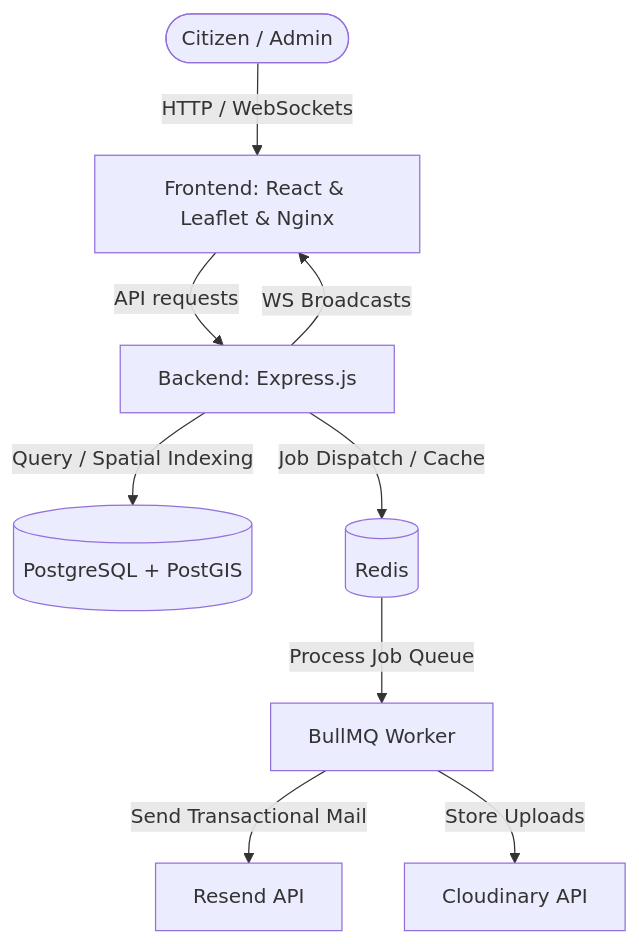
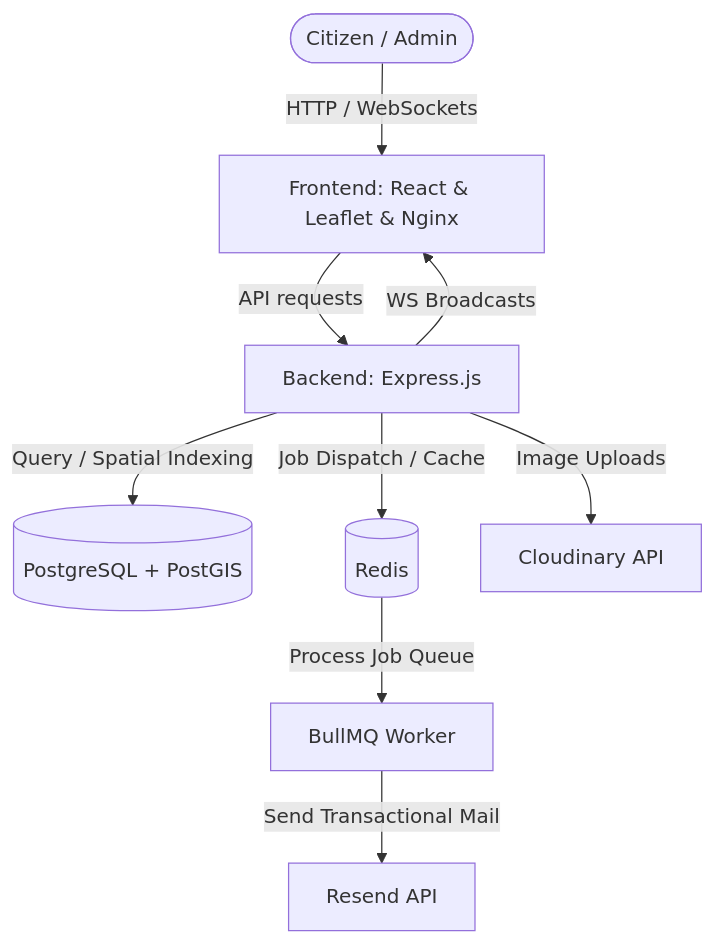
One commit to Sambhav-gg/CivicVoice changed the diagram in README.md. Above: the diagram before and after it, drawn with Mermaid. The commit also changed other lines of this file, not shown here.

````diff
--- a/README.md
+++ b/README.md
@@ -16,11 +16,11 @@
 ```mermaid
 graph TD
     User([Citizen / Admin]) -->|HTTP / WebSockets| FE[Frontend: React & Leaflet & Nginx]
     FE -->|API requests| BE[Backend: Express.js]
     BE -->|Query / Spatial Indexing| DB[(PostgreSQL + PostGIS)]
     BE -->|Job Dispatch / Cache| Redis[(Redis)]
+    BE -->|Image Uploads| Cloudinary[Cloudinary API]
     Redis -->|Process Job Queue| Worker[BullMQ Worker]
     Worker -->|Send Transactional Mail| Resend[Resend API]
-    Worker -->|Store Uploads| Cloudinary[Cloudinary API]
     BE -->|WS Broadcasts| FE
 ```
````
